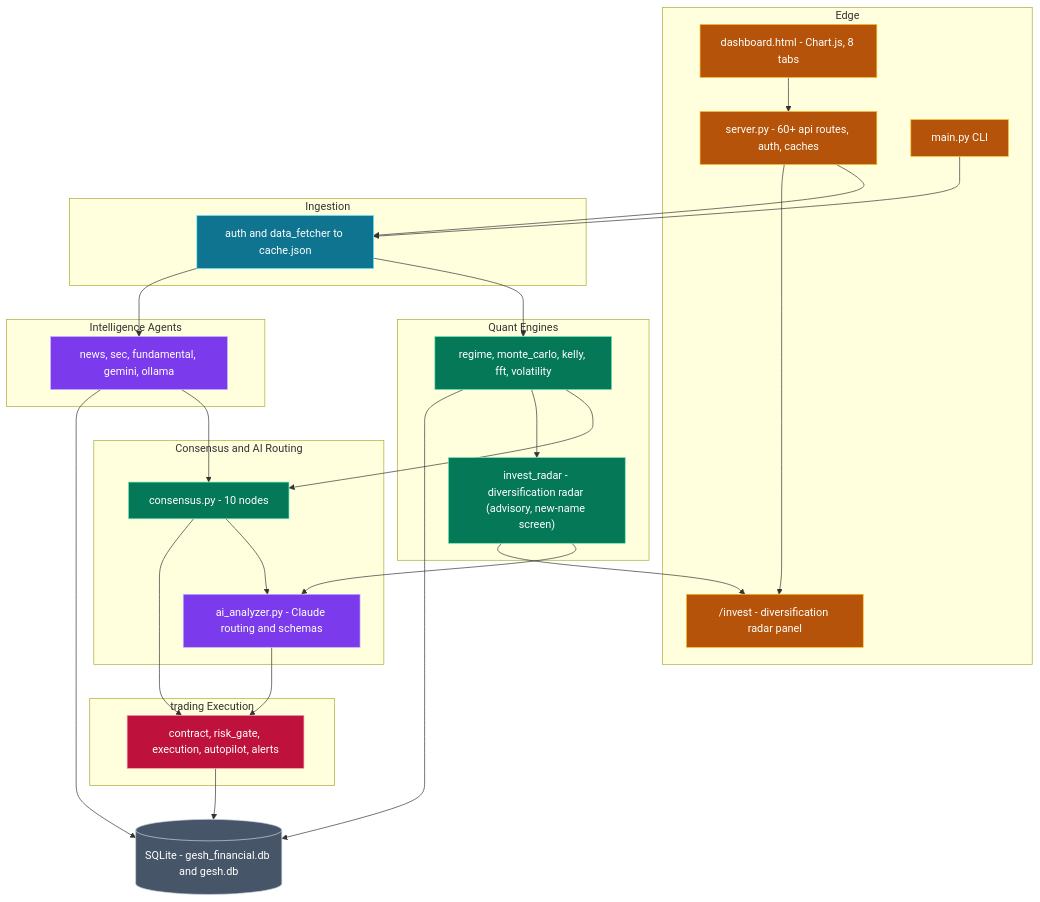
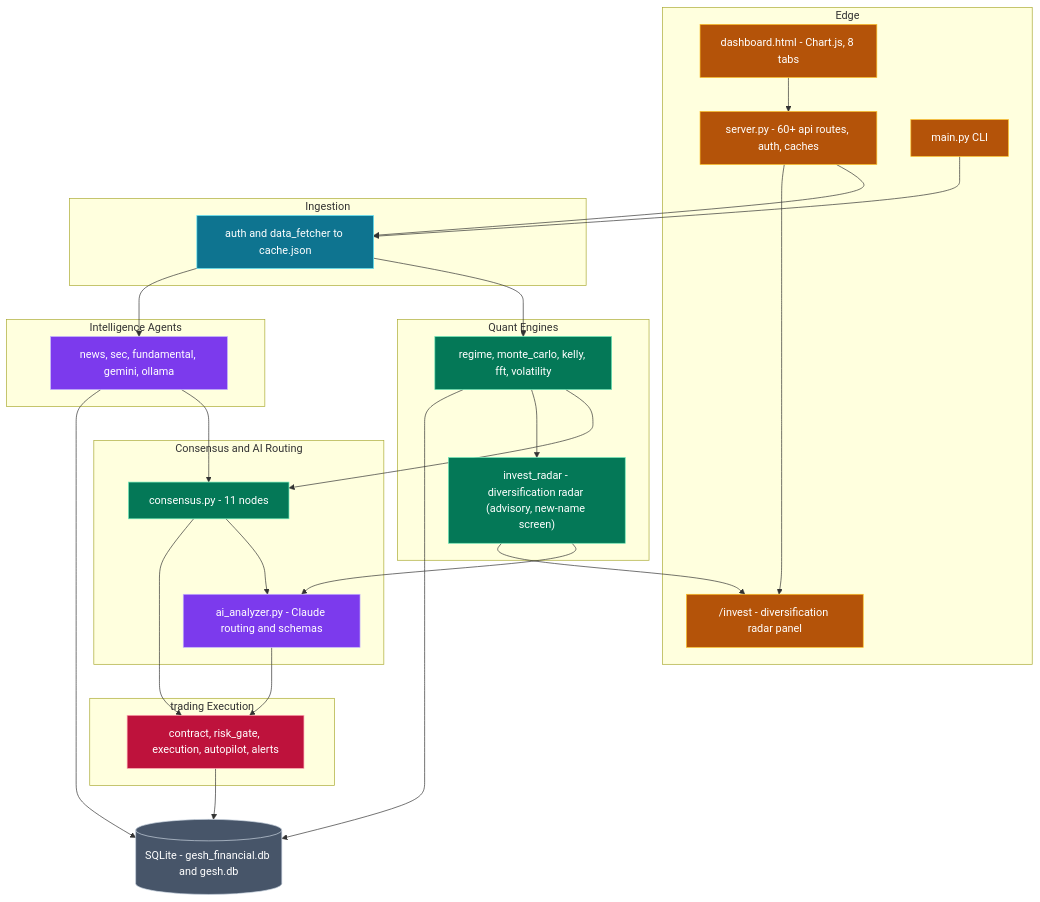
Before and after one commit to gesh75/Gesh-Project: the second of 8 diagrams in docs/ARCHITECTURE.md, drawn with Mermaid. The commit also changed other lines of this file and 4 other files, not shown here.

````diff
--- a/docs/ARCHITECTURE.md
+++ b/docs/ARCHITECTURE.md
@@ -76,57 +76,57 @@
 ```mermaid
 flowchart TB
     subgraph EDGE["Edge"]
         api["server.py - 60+ api routes, auth, caches"]:::core
         dash["dashboard.html - Chart.js, 8 tabs"]:::core
         invest["/invest - diversification radar panel"]:::core
         cli["main.py CLI"]:::core
     end
 
     subgraph INGEST["Ingestion"]
         fetch["auth and data_fetcher to cache.json"]:::svc
     end
 
     subgraph QUANT["Quant Engines"]
         regime["regime, monte_carlo, kelly, fft, volatility"]:::data
         radar["invest_radar - diversification radar (advisory, new-name screen)"]:::data
     end
 
     subgraph AGENTS["Intelligence Agents"]
         intel["news, sec, fundamental, gemini, ollama"]:::ai
     end
 
     subgraph BRAIN["Consensus and AI Routing"]
-        cons["consensus.py - 10 nodes"]:::data
+        cons["consensus.py - 11 nodes"]:::data
         ai["ai_analyzer.py - Claude routing and schemas"]:::ai
     end
 
     subgraph EXEC["trading Execution"]
         gate["contract, risk_gate, execution, autopilot, alerts"]:::danger
     end
 
     store[("SQLite - gesh_financial.db and gesh.db")]:::store
 
     dash --> api
     cli --> fetch
     api --> fetch --> regime
     fetch --> intel
     regime --> cons
     intel --> cons
     cons --> ai
     ai --> gate
     cons --> gate
     regime --> radar
     radar --> ai
     radar --> invest
     api --> invest
     regime --> store
     intel --> store
     gate --> store
 
     classDef core   fill:#b45309,stroke:#fbbf24,color:#fff
     classDef svc    fill:#0e7490,stroke:#67e8f9,color:#fff
     classDef data   fill:#047857,stroke:#6ee7b7,color:#fff
     classDef ai     fill:#7c3aed,stroke:#c4b5fd,color:#fff
     classDef danger fill:#be123c,stroke:#fda4af,color:#fff
     classDef store  fill:#475569,stroke:#cbd5e1,color:#fff
 ```
````
